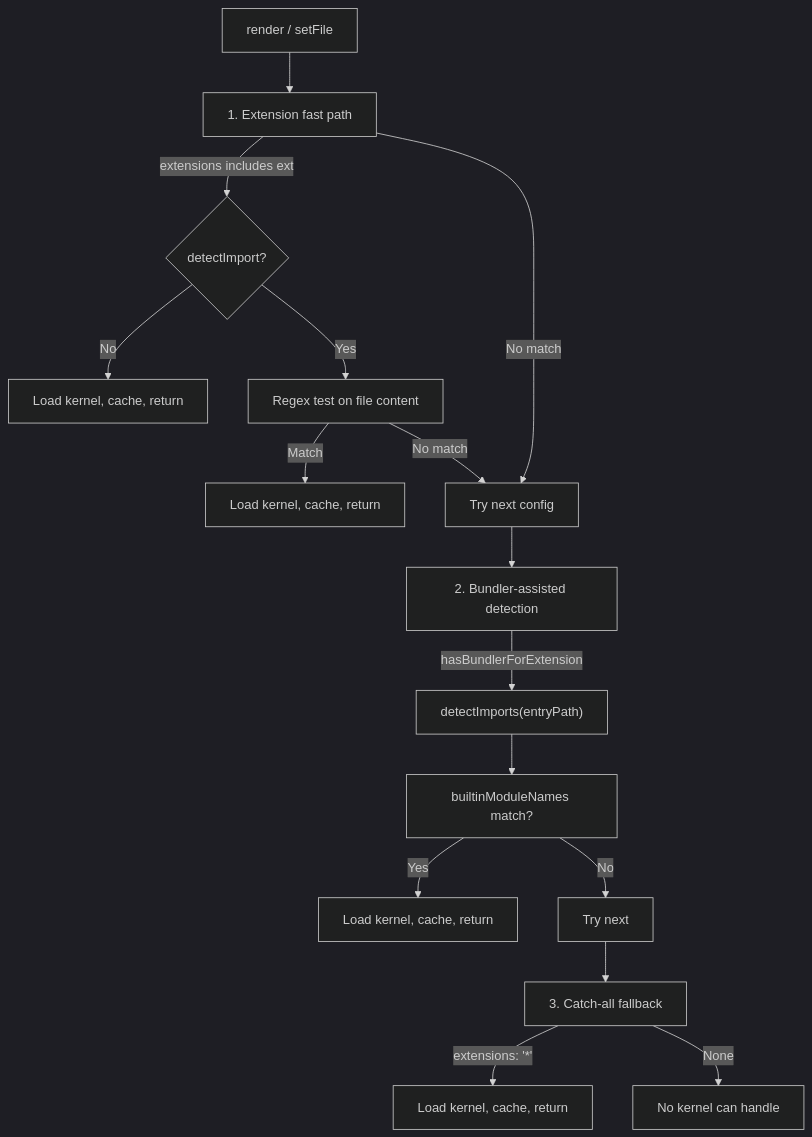
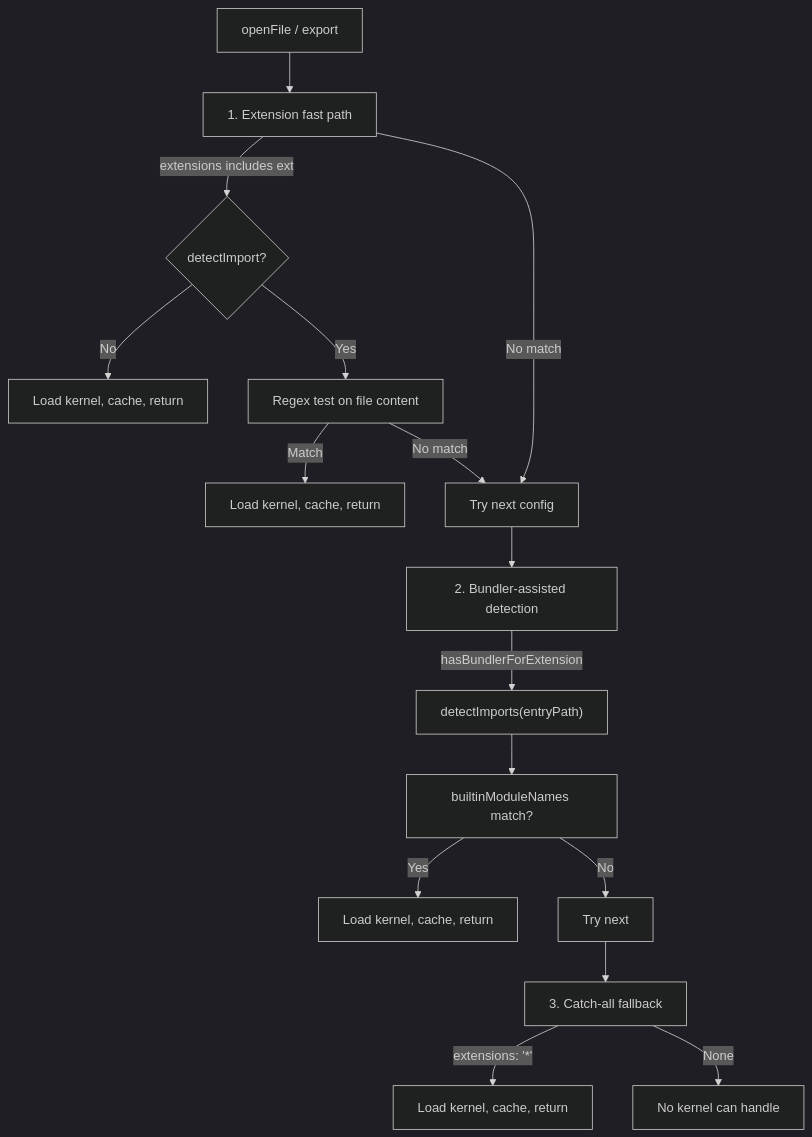
One commit to ahzs645/tau changed the diagram in apps/ui/content/docs/(runtime)/concepts/kernel-selection.mdx. Above: the diagram before and after it, drawn with Mermaid (dark theme). The commit also changed other lines of this file and 54 other files, not shown here.

````diff
--- a/apps/ui/content/docs/(runtime)/concepts/kernel-selection.mdx
+++ b/apps/ui/content/docs/(runtime)/concepts/kernel-selection.mdx
@@ -19,20 +19,20 @@
 ```mermaid
 flowchart TD
-    Start["render / setFile"] --> Ext["1. Extension fast path"]
+    Start["openFile / export"] --> Ext["1. Extension fast path"]
     Ext -->|"extensions includes ext"| NoDetect{"detectImport?"}
     NoDetect -->|No| LoadExt["Load kernel, cache, return"]
     NoDetect -->|Yes| Regex["Regex test on file content"]
     Regex -->|Match| LoadRegex["Load kernel, cache, return"]
     Regex -->|No match| Next1["Try next config"]
     Ext -->|No match| Next1
 
     Next1 --> Bundler["2. Bundler-assisted detection"]
     Bundler -->|"hasBundlerForExtension"| Detect["detectImports(entryPath)"]
     Detect --> MatchBuiltin["builtinModuleNames match?"]
     MatchBuiltin -->|Yes| LoadBundler["Load kernel, cache, return"]
     MatchBuiltin -->|No| Next2["Try next"]
 
     Next2 --> CatchAll["3. Catch-all fallback"]
     CatchAll -->|"extensions: '*'"| LoadCatchAll["Load kernel, cache, return"]
     CatchAll -->|None| Fail["No kernel can handle"]
 ```
````
